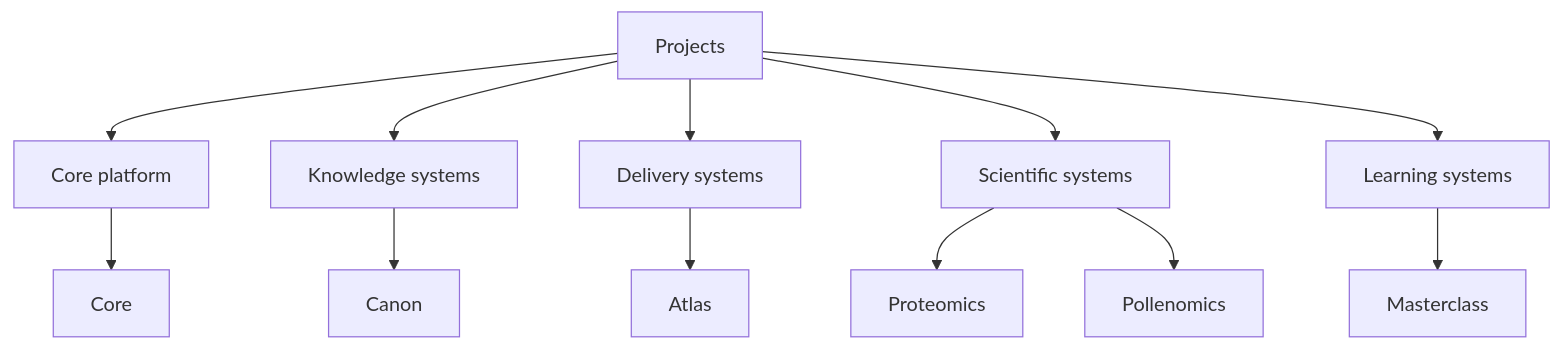
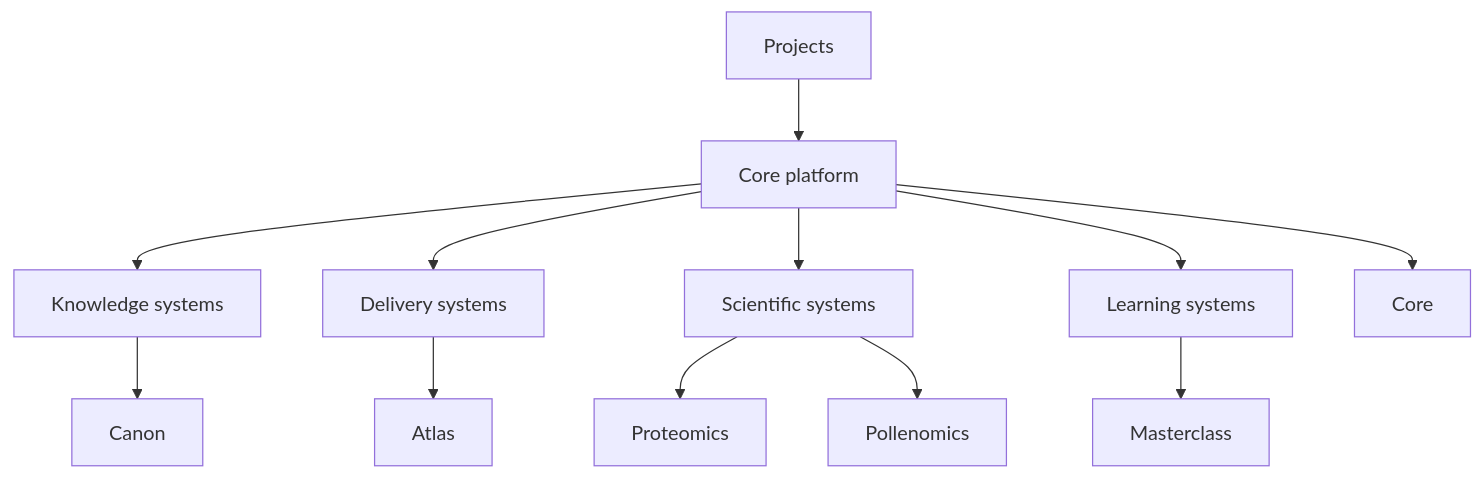
Before and after one commit to bijux/bijux.github.io: the diagram in docs/projects/index.md, drawn with Mermaid.

Commit message:
docs(projects): route project map through core platform hierarchy

````diff
--- a/docs/projects/index.md
+++ b/docs/projects/index.md
@@ -18,15 +18,15 @@
 ```mermaid
 graph TD
     projects["Projects"] --> core_platform["Core platform"]
-    projects --> knowledge_systems["Knowledge systems"]
-    projects --> delivery_systems["Delivery systems"]
-    projects --> scientific_systems["Scientific systems"]
-    projects --> learning_systems["Learning systems"]
+    core_platform --> knowledge_systems["Knowledge systems"]
+    core_platform --> delivery_systems["Delivery systems"]
+    core_platform --> scientific_systems["Scientific systems"]
+    core_platform --> learning_systems["Learning systems"]
 
     core_platform --> core["Core"]
     knowledge_systems --> canon["Canon"]
     delivery_systems --> atlas["Atlas"]
     scientific_systems --> proteomics["Proteomics"]
     scientific_systems --> pollenomics["Pollenomics"]
     learning_systems --> masterclass["Masterclass"]
 ```
````
